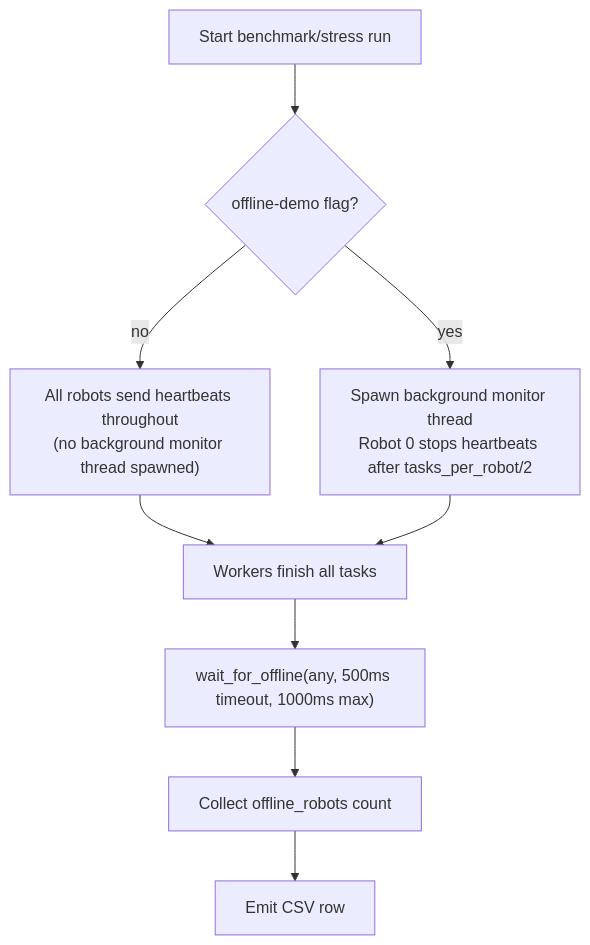
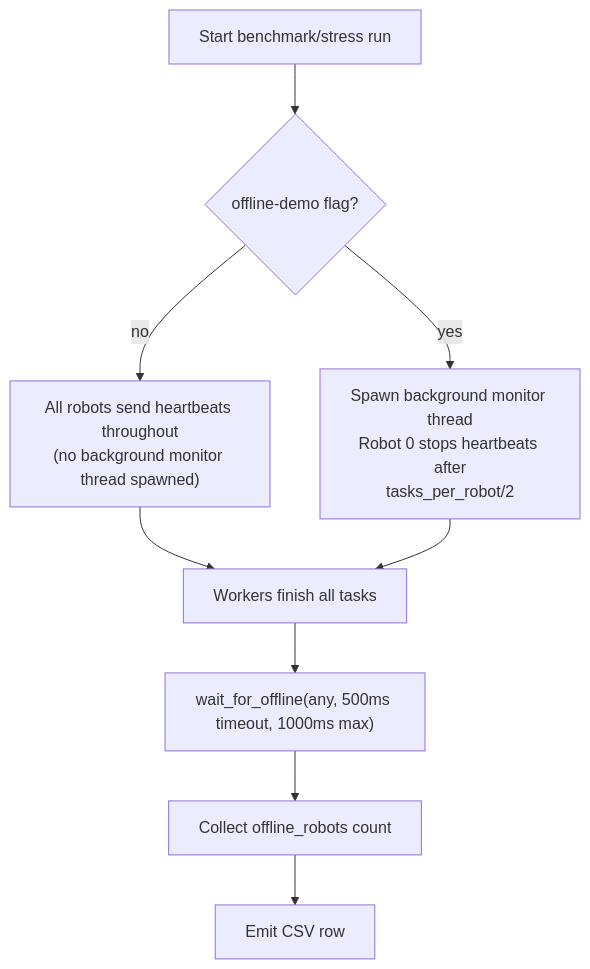
The sixth of 6 diagrams in DIAGRAMS.md (HaochenFa/Medical-Care-Robot-Coordination-System-Core), drawn with Mermaid before and after one commit. The commit also changed other lines of this file, not shown here.

````diff
--- a/DIAGRAMS.md
+++ b/DIAGRAMS.md
@@ -141,11 +140,11 @@
 ```mermaid
 flowchart TD
     A["Start benchmark/stress run"] --> B{"offline-demo flag?"}
-    B -- "no" --> C["All robots send heartbeats throughout\n(no background monitor thread spawned)"]
-    B -- "yes" --> D["Spawn background monitor thread\nRobot 0 stops heartbeats after tasks_per_robot/2"]
+    B -- "no" --> C["All robots send heartbeats throughout<br/>(no background monitor thread spawned)"]
+    B -- "yes" --> D["Spawn background monitor thread<br/>Robot 0 stops heartbeats after<br/>tasks_per_robot/2"]
     C --> E["Workers finish all tasks"]
     D --> E
     E --> F["wait_for_offline(any, 500ms timeout, 1000ms max)"]
     F --> G["Collect offline_robots count"]
     G --> H["Emit CSV row"]
 ```
````
